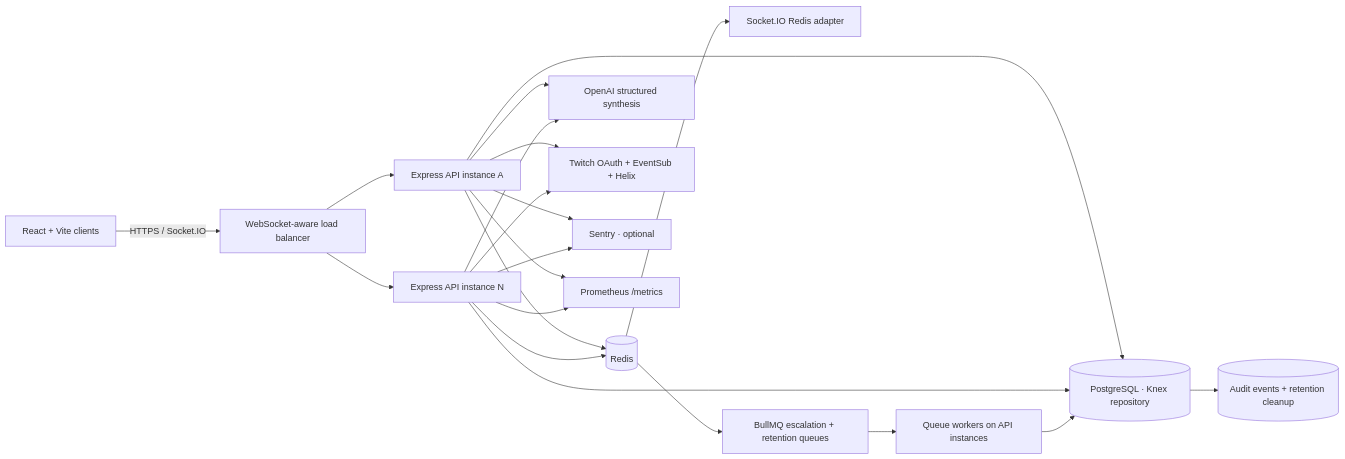
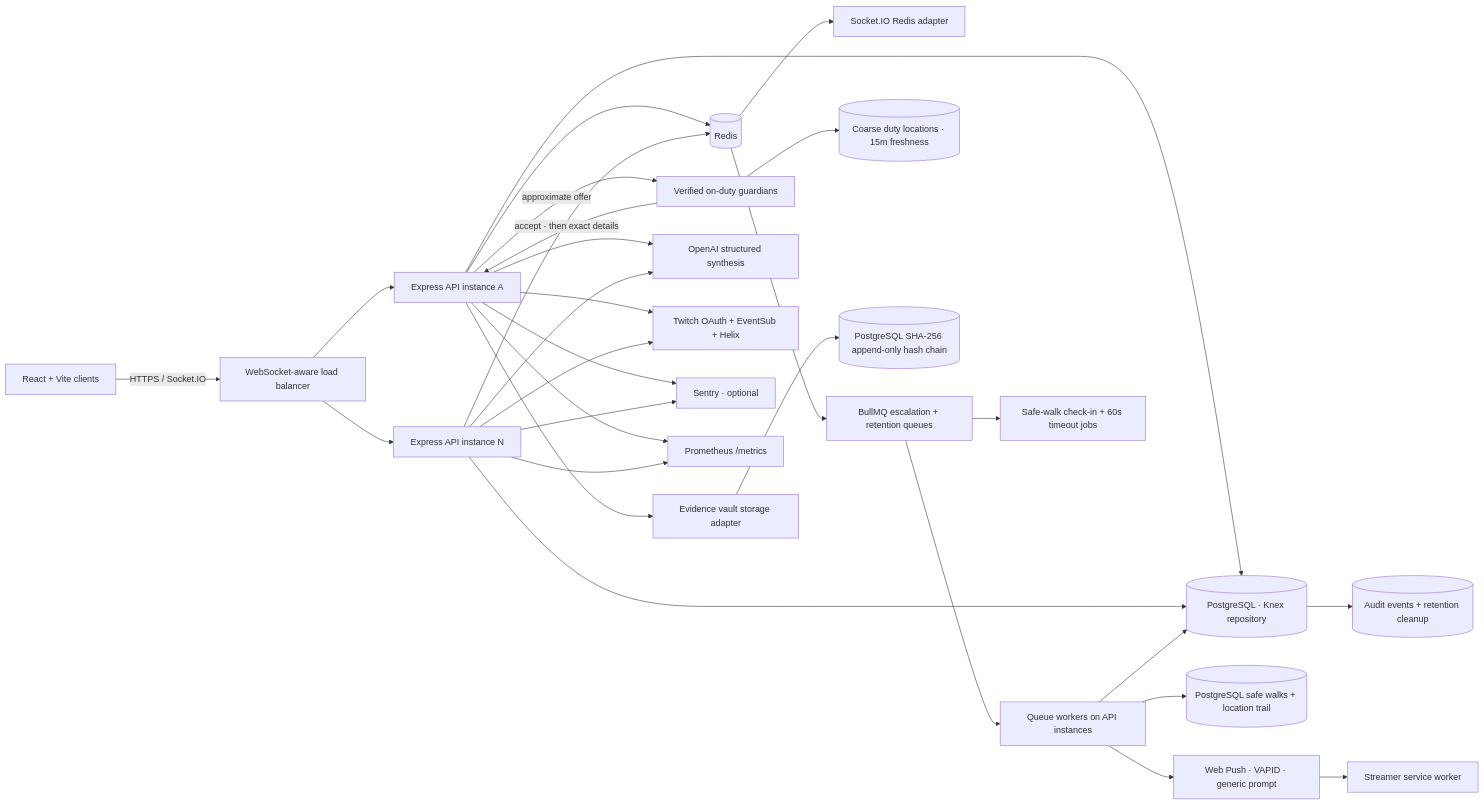
Before and after one commit to THISHA-SAMPATH/FULE-Futuristic-Use-of-Live-Entertainment: the diagram in docs/ARCHITECTURE.md, drawn with Mermaid. The commit also changed other lines of this file and 30 other files, not shown here.

Commit message:
feat: safe-walk check-in, nearby guardian matching, tamper-evident evidence vault

````diff
--- a/docs/ARCHITECTURE.md
+++ b/docs/ARCHITECTURE.md
@@ -3,23 +3,32 @@
 ```mermaid
 flowchart LR
   Browser[React + Vite clients] -->|HTTPS / Socket.IO| LB[WebSocket-aware load balancer]
   LB --> API1[Express API instance A]
   LB --> API2[Express API instance N]
   API1 --> PG[(PostgreSQL · Knex repository)]
   API2 --> PG
   API1 --> Redis[(Redis)]
   API2 --> Redis
   Redis --> Adapter[Socket.IO Redis adapter]
   Redis --> Queue[BullMQ escalation + retention queues]
   Queue --> Workers[Queue workers on API instances]
+  Queue --> WalkJobs[Safe-walk check-in + 60s timeout jobs]
+  Workers --> Walks[(PostgreSQL safe walks + location trail)]
+  Workers --> Push[Web Push · VAPID · generic prompt]
+  Push --> SW[Streamer service worker]
+  Guardians[Verified on-duty guardians] --> Duty[(Coarse duty locations · 15m freshness)]
+  API1 -->|approximate offer| Guardians
+  Guardians -->|accept · then exact details| API1
+  API1 --> Vault[Evidence vault storage adapter]
+  Vault --> Chain[(PostgreSQL SHA-256 append-only hash chain)]
   Workers --> PG
   API1 --> OpenAI[OpenAI structured synthesis]
   API2 --> OpenAI
   API1 --> Twitch[Twitch OAuth + EventSub + Helix]
   API2 --> Twitch
   PG --> Audit[(Audit events + retention cleanup)]
   API1 --> Sentry[Sentry · optional]
   API2 --> Sentry
   API1 --> Metrics[Prometheus /metrics]
   API2 --> Metrics
 ```
````
